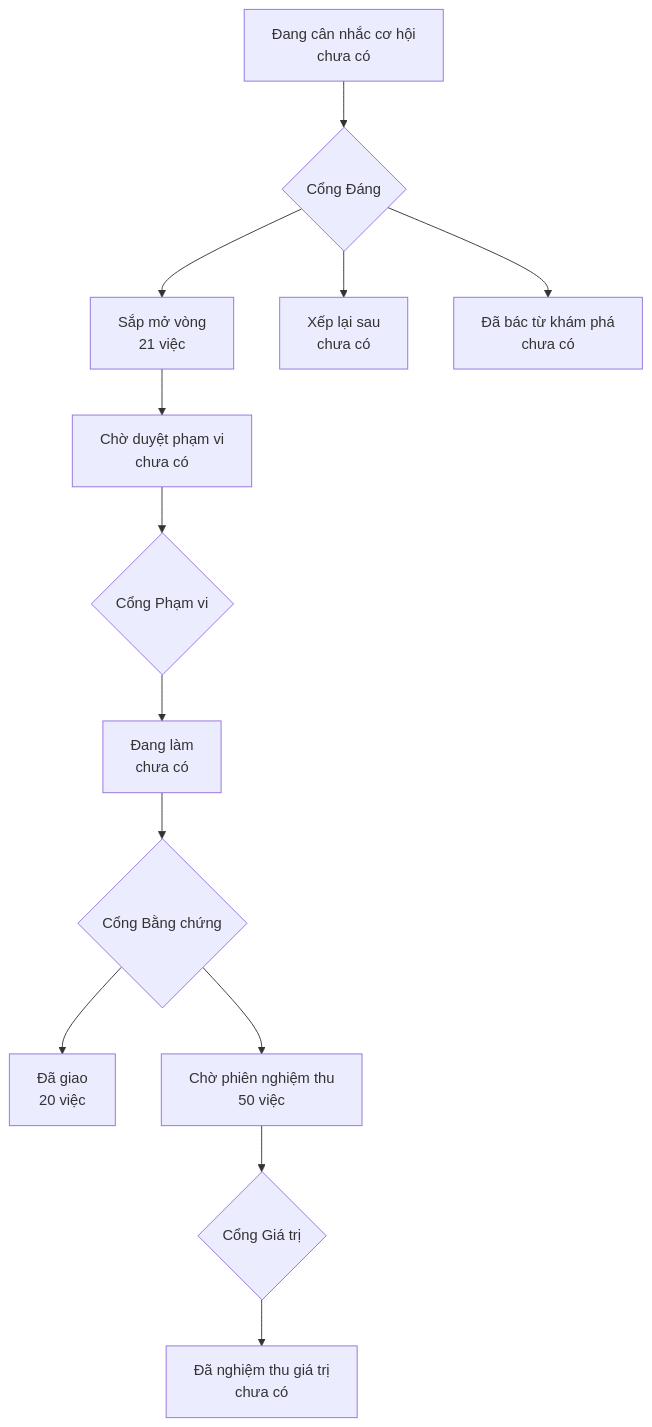
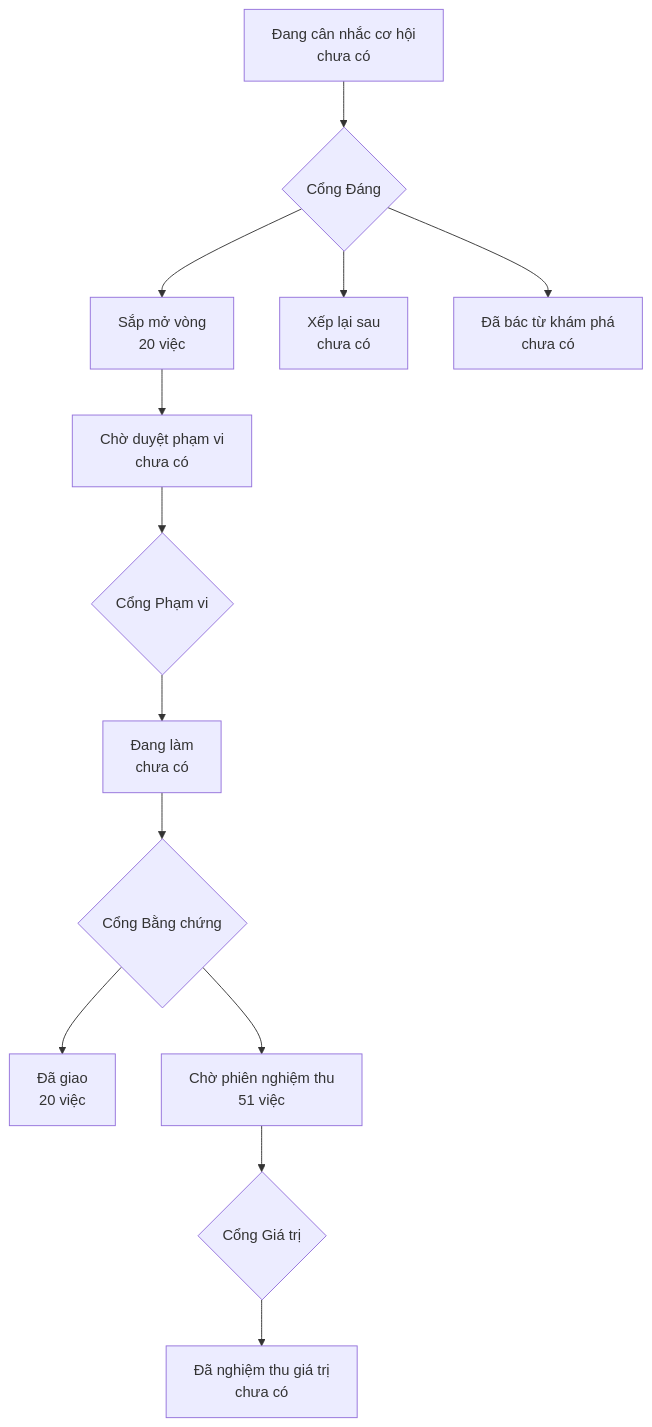
The diagram in PRODUCT-MAP.md (phanlemanh/onehub-quy-hang), drawn with Mermaid before and after one commit. The commit also changed 1 other file, not shown here.

Commit message:
chore: vẽ lại bản đồ sau khi gộp main

````diff
--- a/PRODUCT-MAP.md
+++ b/PRODUCT-MAP.md
@@ -7,12 +7,12 @@
 ```mermaid
 flowchart TD
   A["Đang cân nhắc cơ hội<br/>chưa có"] --> GD{"Cổng Đáng"}
-  GD --> B["Sắp mở vòng<br/>21 việc"]
+  GD --> B["Sắp mở vòng<br/>20 việc"]
   GD --> XL["Xếp lại sau<br/>chưa có"]
   GD --> DB["Đã bác từ khám phá<br/>chưa có"]
   B --> CD["Chờ duyệt phạm vi<br/>chưa có"] --> GP{"Cổng Phạm vi"}
   GP --> DL["Đang làm<br/>chưa có"] --> GB{"Cổng Bằng chứng"}
   GB --> DG["Đã giao<br/>20 việc"]
-  GB --> CN["Chờ phiên nghiệm thu<br/>50 việc"] --> GG{"Cổng Giá trị"}
+  GB --> CN["Chờ phiên nghiệm thu<br/>51 việc"] --> GG{"Cổng Giá trị"}
   GG --> NT["Đã nghiệm thu giá trị<br/>chưa có"]
 ```
````
